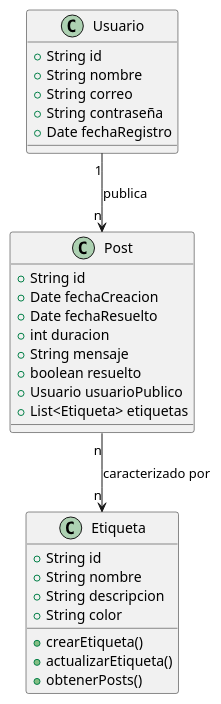
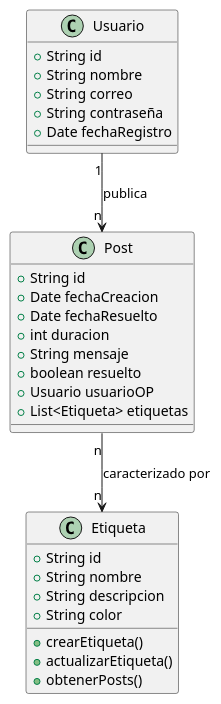
One commit to mmasias/24-25-IdSw1-SDR changed the diagram in modelosUML/Diagrama_clases.puml. Above: the diagram before and after it, drawn with PlantUML.

Commit message:
Make something a bit clearer

```diff
--- a/modelosUML/Diagrama_clases.puml
+++ b/modelosUML/Diagrama_clases.puml
@@ -1,30 +1,30 @@
 @startuml
 class Usuario {
     +String id
     +String nombre
     +String correo
     +String contraseña
     +Date fechaRegistro
 }
 class Post {
     +String id
     +Date fechaCreacion
     +Date fechaResuelto
     +int duracion
     +String mensaje
     +boolean resuelto
-    +Usuario usuarioPublico
+    +Usuario usuarioOP
     +List<Etiqueta> etiquetas
 }
 class Etiqueta {
         +String id
         +String nombre
         +String descripcion
         +String color
         +crearEtiqueta()
         +actualizarEtiqueta()
         +obtenerPosts()
 }
 Usuario "1" --> "n" Post : "publica"
 Post "n" --> "n" Etiqueta : "caracterizado por"
 @enduml
```
